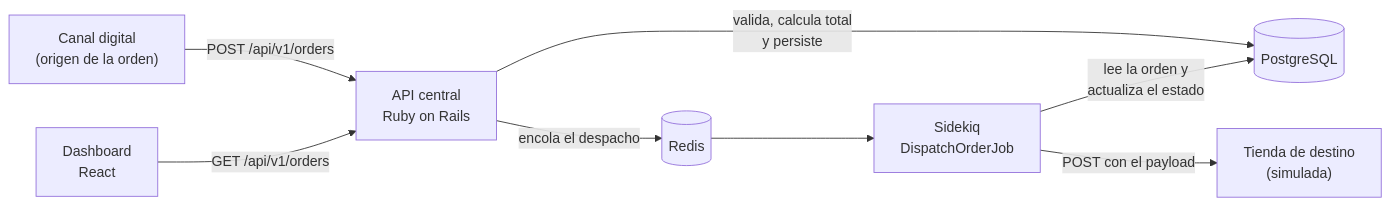
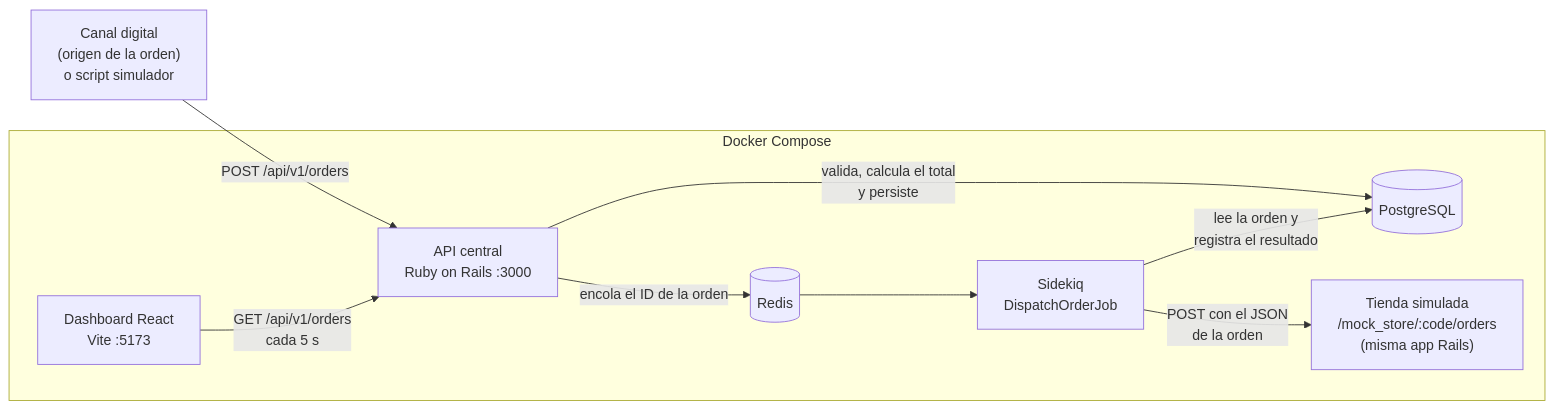
The first of 3 diagrams in README.md (IvanAhumadaLoki/niu-orders), drawn with Mermaid before and after one commit. The commit also changed other lines of this file and 1 other file, not shown here.

Commit message:
docs: complete README with architecture, flow, API examples and setup

````diff
--- a/README.md
+++ b/README.md
@@ -28,18 +119,21 @@
 ```mermaid
 flowchart LR
-    Origen["Canal digital<br/>(origen de la orden)"]
-    API["API central<br/>Ruby on Rails"]
-    DB[("PostgreSQL")]
-    Redis[("Redis")]
-    Worker["Sidekiq<br/>DispatchOrderJob"]
-    Tienda["Tienda de destino<br/>(simulada)"]
-    Web["Dashboard<br/>React"]
+    Canal["Canal digital<br/>(origen de la orden)<br/>o script simulador"]
 
-    Origen -->|"POST /api/v1/orders"| API
-    API -->|"valida, calcula total<br/>y persiste"| DB
-    API -->|"encola el despacho"| Redis
+    subgraph Compose["Docker Compose"]
+        API["API central<br/>Ruby on Rails :3000"]
+        DB[("PostgreSQL")]
+        Redis[("Redis")]
+        Worker["Sidekiq<br/>DispatchOrderJob"]
+        Tienda["Tienda simulada<br/>/mock_store/:code/orders<br/>(misma app Rails)"]
+        Web["Dashboard React<br/>Vite :5173"]
+    end
+
+    Canal -->|"POST /api/v1/orders"| API
+    API -->|"valida, calcula el total<br/>y persiste"| DB
+    API -->|"encola el ID de la orden"| Redis
     Redis --> Worker
-    Worker -->|"lee la orden y<br/>actualiza el estado"| DB
-    Worker -->|"POST con el payload"| Tienda
-    Web -->|"GET /api/v1/orders"| API
+    Worker -->|"lee la orden y<br/>registra el resultado"| DB
+    Worker -->|"POST con el JSON<br/>de la orden"| Tienda
+    Web -->|"GET /api/v1/orders<br/>cada 5 s"| API
 ```
````
